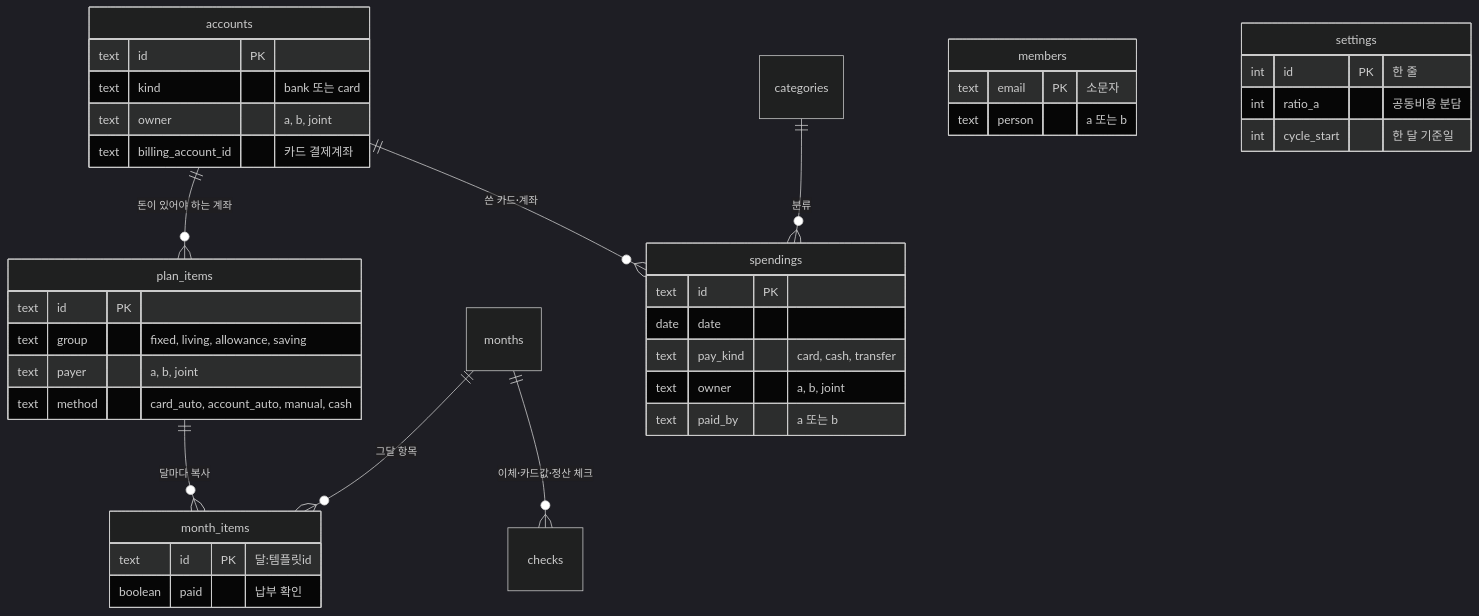
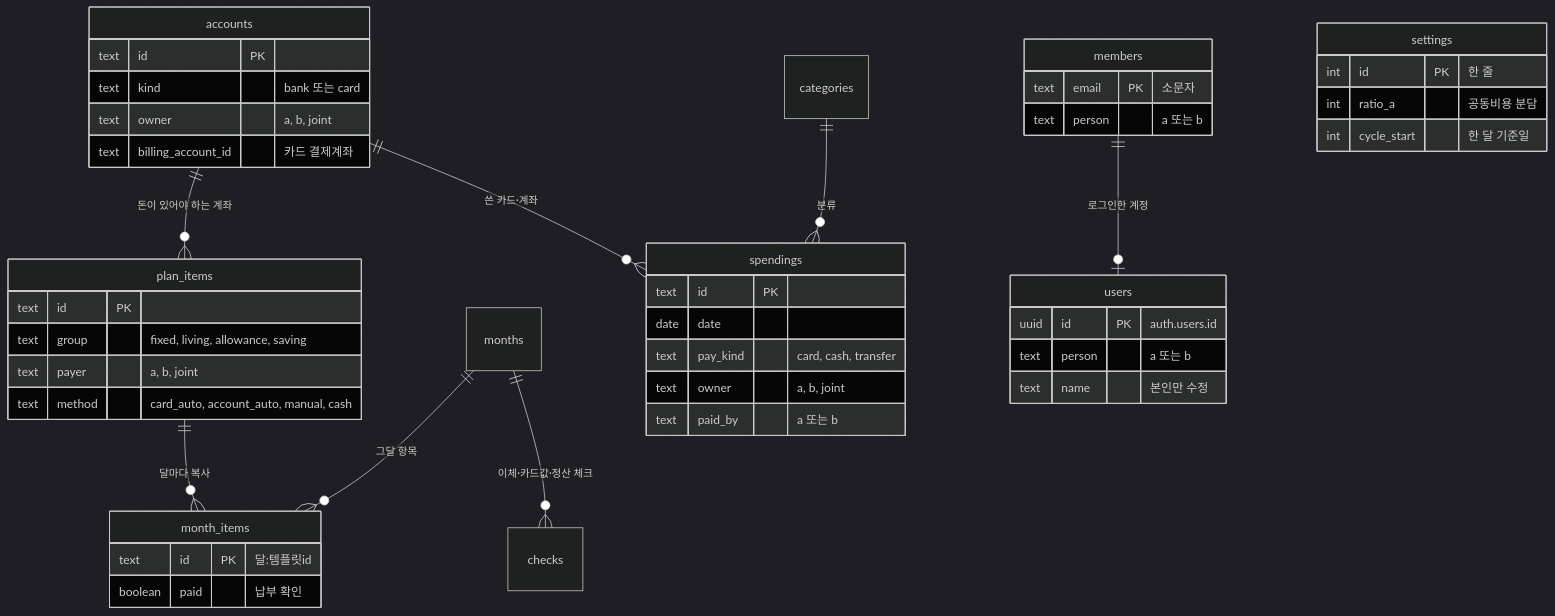
Before and after one commit to jojaden/our-money: the second of 2 diagrams in README.md, drawn with Mermaid (dark theme). The commit also changed other lines of this file and 15 other files, not shown here.

First line of the commit message:
계정별 이름 — users 테이블, 이름은 본인만 바꾸고 화면은 로그인한 계정 이름으로

````diff
--- a/README.md
+++ b/README.md
@@ -130,41 +131,47 @@
 ```mermaid
 erDiagram
   plan_items ||--o{ month_items : "달마다 복사"
   months ||--o{ month_items : "그달 항목"
   months ||--o{ checks : "이체·카드값·정산 체크"
   accounts ||--o{ plan_items : "돈이 있어야 하는 계좌"
   accounts ||--o{ spendings : "쓴 카드·계좌"
   categories ||--o{ spendings : "분류"
+  members ||--o| users : "로그인한 계정"
   members {
     text email PK "소문자"
     text person "a 또는 b"
+  }
+  users {
+    uuid id PK "auth.users.id"
+    text person "a 또는 b"
+    text name "본인만 수정"
   }
   settings {
     int id PK "한 줄"
     int ratio_a "공동비용 분담"
     int cycle_start "한 달 기준일"
   }
   accounts {
     text id PK
     text kind "bank 또는 card"
     text owner "a, b, joint"
     text billing_account_id "카드 결제계좌"
   }
   plan_items {
     text id PK
     text group "fixed, living, allowance, saving"
     text payer "a, b, joint"
     text method "card_auto, account_auto, manual, cash"
   }
   month_items {
     text id PK "달:템플릿id"
     boolean paid "납부 확인"
   }
   spendings {
     text id PK
     date date
     text pay_kind "card, cash, transfer"
     text owner "a, b, joint"
     text paid_by "a 또는 b"
   }
 ```
````
